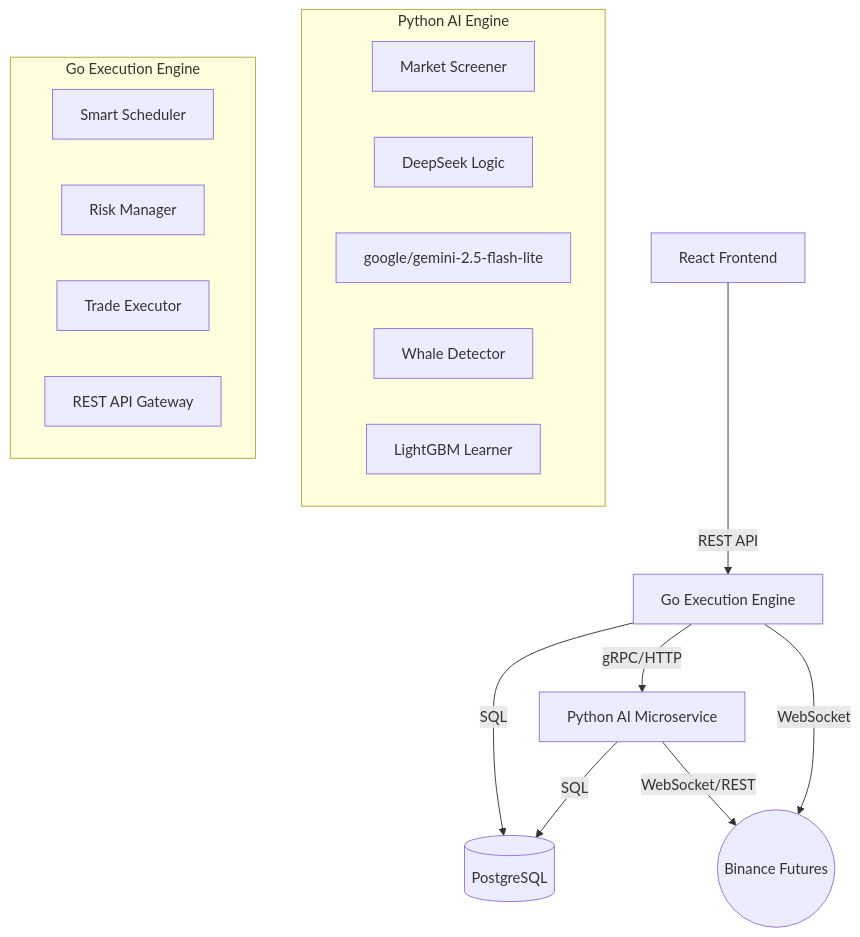
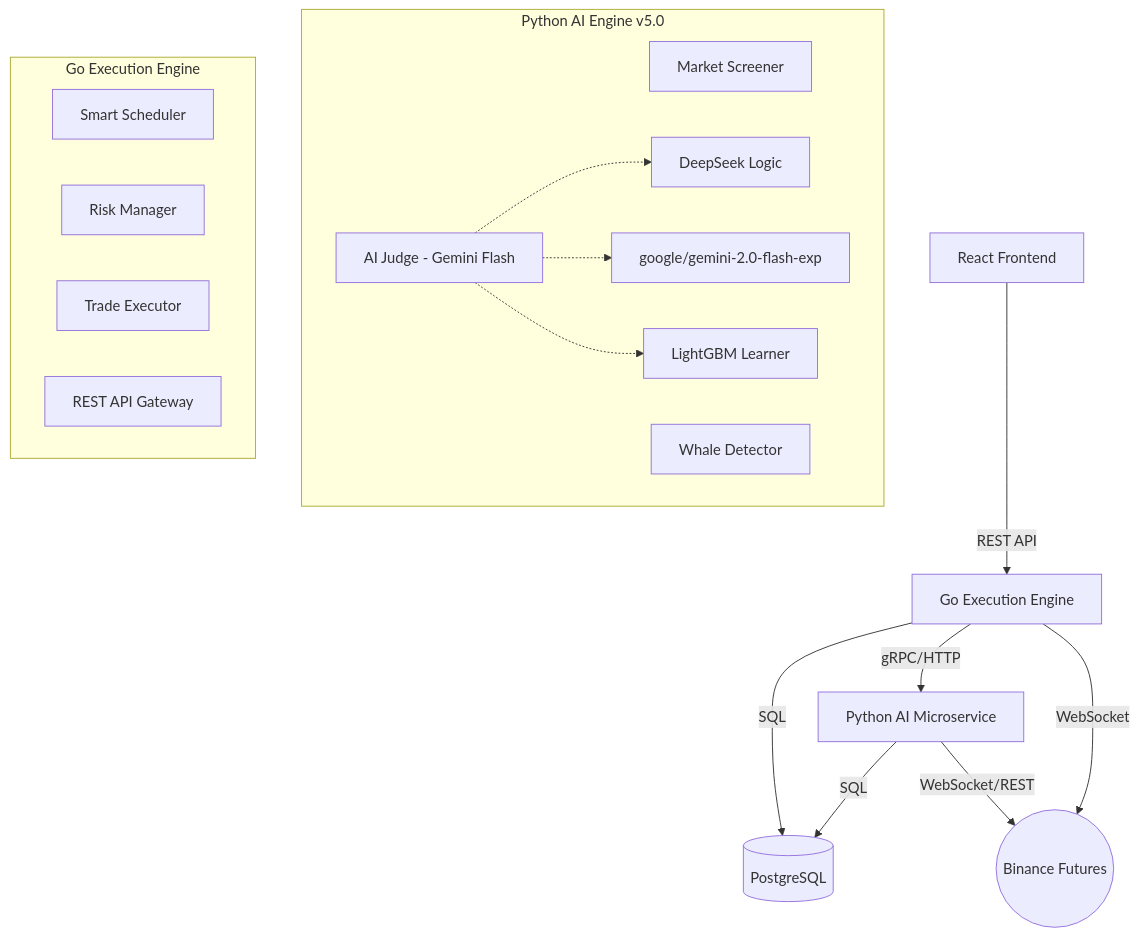
One commit to virhanali/neurotrade changed the diagram in README.md. Above: the diagram before and after it, drawn with Mermaid. The commit also changed other lines of this file and 1 other file, not shown here.

First line of the commit message:
docs: Update README.md and context.md with v5.0 AI Judge details

````diff
--- a/README.md
+++ b/README.md
@@ -41,24 +110,29 @@
 ```mermaid
 graph TD
     Client[React Frontend] -->|REST API| Go[Go Execution Engine]
     Go -->|gRPC/HTTP| Py[Python AI Microservice]
     Go -->|SQL| DB[(PostgreSQL)]
     Py -->|SQL| DB
     Py -->|WebSocket/REST| Binance((Binance Futures))
     Go -->|WebSocket| Binance
     
-    subgraph "Python AI Engine"
+    subgraph "Python AI Engine v5.0"
         Screener[Market Screener]
         Logic[DeepSeek Logic]
-        Vision[google/gemini-2.5-flash-lite]
+        Vision[google/gemini-2.0-flash-exp]
         Whale[Whale Detector]
         ML[LightGBM Learner]
+        AIJudge[AI Judge - Gemini Flash]
+        
+        AIJudge -.-> Logic
+        AIJudge -.-> Vision
+        AIJudge -.-> ML
     end
     
     subgraph "Go Execution Engine"
         Scheduler[Smart Scheduler]
         Bodyguard[Risk Manager]
         Executor[Trade Executor]
         API[REST API Gateway]
     end
 ```
````
